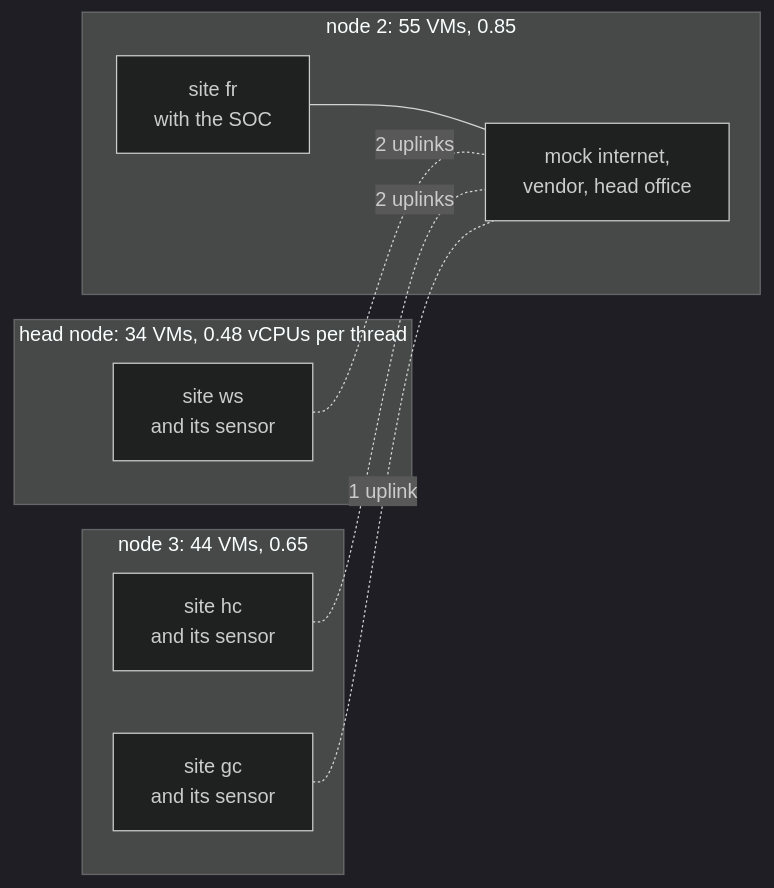
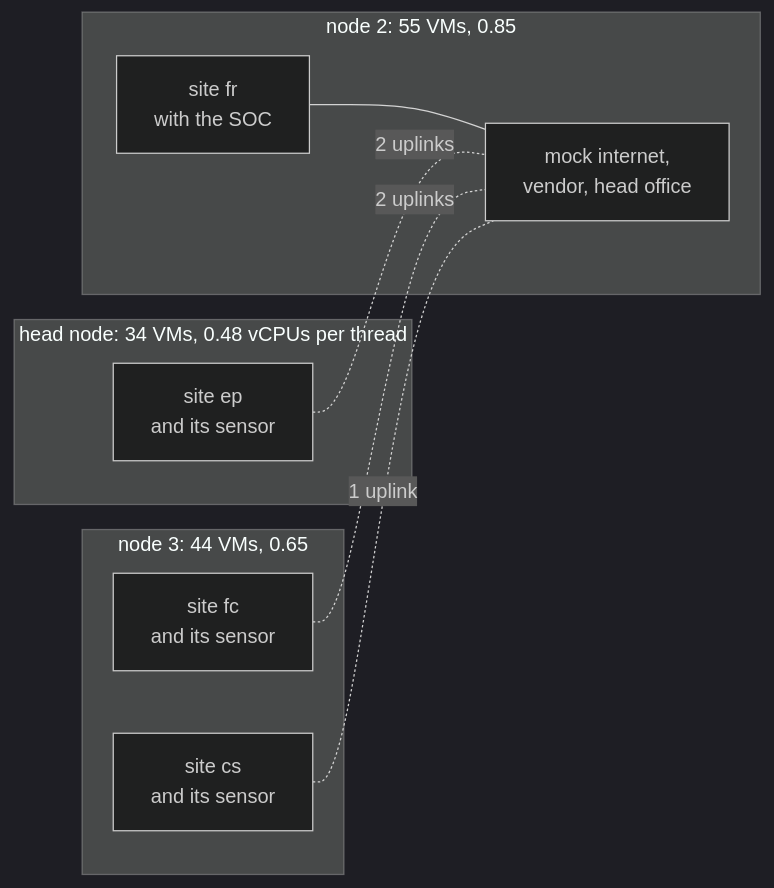
Before and after one commit to GhostofGoes/brew: the seventh of 10 diagrams in docs/multisite/PLANS.md, drawn with Mermaid (dark theme). The commit also changed other lines of this file and 35 other files, not shown here.

````diff
--- a/docs/multisite/PLANS.md
+++ b/docs/multisite/PLANS.md
@@ -749,18 +754,18 @@
 ```mermaid
 flowchart LR
   subgraph N1["head node: 34 VMs, 0.48 vCPUs per thread"]
-    WS["site ws<br/>and its sensor"]
+    EP["site ep<br/>and its sensor"]
   end
   subgraph N2["node 2: 55 VMs, 0.85"]
     FR["site fr<br/>with the SOC"]
     ONCE["mock internet,<br/>vendor, head office"]
   end
   subgraph N3["node 3: 44 VMs, 0.65"]
-    GC["site gc<br/>and its sensor"]
-    HC["site hc<br/>and its sensor"]
+    CS["site cs<br/>and its sensor"]
+    FC["site fc<br/>and its sensor"]
   end
   FR --- ONCE
-  WS -. "2 uplinks" .- ONCE
-  HC -. "2 uplinks" .- ONCE
-  GC -. "1 uplink" .- ONCE
+  EP -. "2 uplinks" .- ONCE
+  FC -. "2 uplinks" .- ONCE
+  CS -. "1 uplink" .- ONCE
 ```
````
